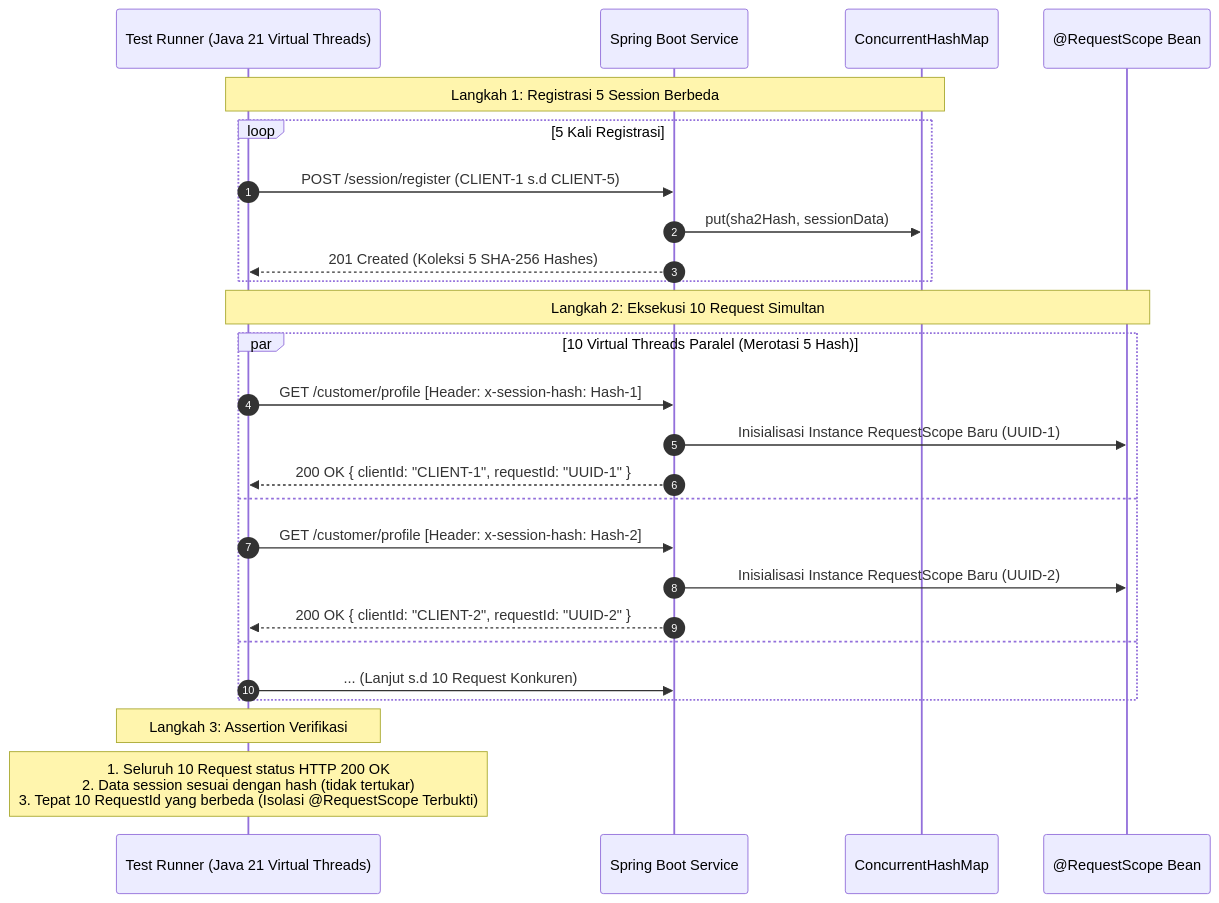
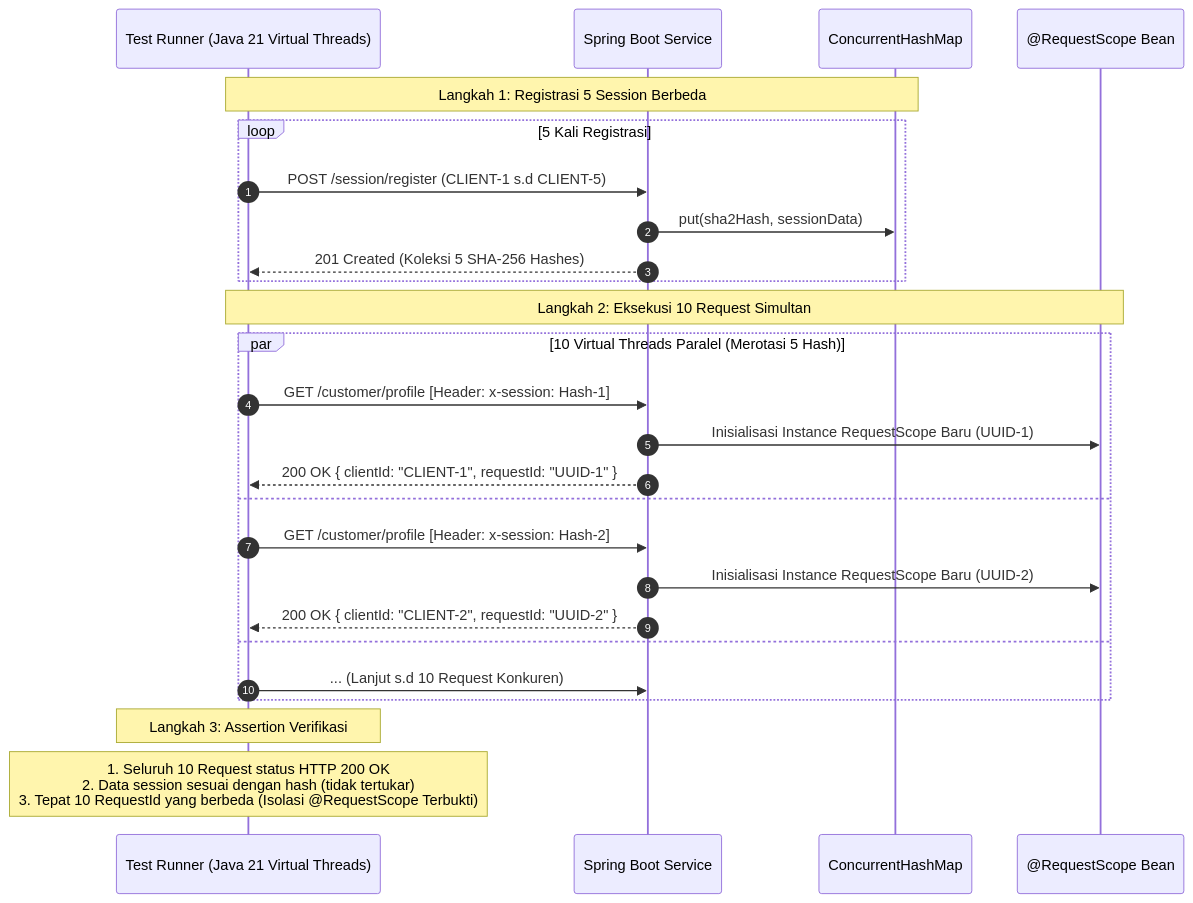
Before and after one commit to saifulhq/java-spring-boot-concurrenthashmap: the diagram in docs/TEST_PLAN.md, drawn with Mermaid. The commit also changed other lines of this file and 5 other files, not shown here.

Commit message:
docs: update plan with x-session header, dynamic salt config, and detailed cleanup logging

````diff
--- a/docs/TEST_PLAN.md
+++ b/docs/TEST_PLAN.md
@@ -25,31 +25,31 @@
 ```mermaid
 sequenceDiagram
     autonumber
     participant Runner as Test Runner (Java 21 Virtual Threads)
     participant App as Spring Boot Service
     participant Map as ConcurrentHashMap
     participant Scope as @RequestScope Bean
 
     Note over Runner, Map: Langkah 1: Registrasi 5 Session Berbeda
     loop 5 Kali Registrasi
         Runner->>App: POST /session/register (CLIENT-1 s.d CLIENT-5)
         App->>Map: put(sha2Hash, sessionData)
         App-->>Runner: 201 Created (Koleksi 5 SHA-256 Hashes)
     end
 
     Note over Runner, Scope: Langkah 2: Eksekusi 10 Request Simultan
     par 10 Virtual Threads Paralel (Merotasi 5 Hash)
-        Runner->>App: GET /customer/profile [Header: x-session-hash: Hash-1]
+        Runner->>App: GET /customer/profile [Header: x-session: Hash-1]
         App->>Scope: Inisialisasi Instance RequestScope Baru (UUID-1)
         App-->>Runner: 200 OK { clientId: "CLIENT-1", requestId: "UUID-1" }
     and
-        Runner->>App: GET /customer/profile [Header: x-session-hash: Hash-2]
+        Runner->>App: GET /customer/profile [Header: x-session: Hash-2]
         App->>Scope: Inisialisasi Instance RequestScope Baru (UUID-2)
         App-->>Runner: 200 OK { clientId: "CLIENT-2", requestId: "UUID-2" }
     and
         Runner->>App: ... (Lanjut s.d 10 Request Konkuren)
     end
 
     Note over Runner: Langkah 3: Assertion Verifikasi
     Note over Runner: 1. Seluruh 10 Request status HTTP 200 OK<br/>2. Data session sesuai dengan hash (tidak tertukar)<br/>3. Tepat 10 RequestId yang berbeda (Isolasi @RequestScope Terbukti)
 ```
````
